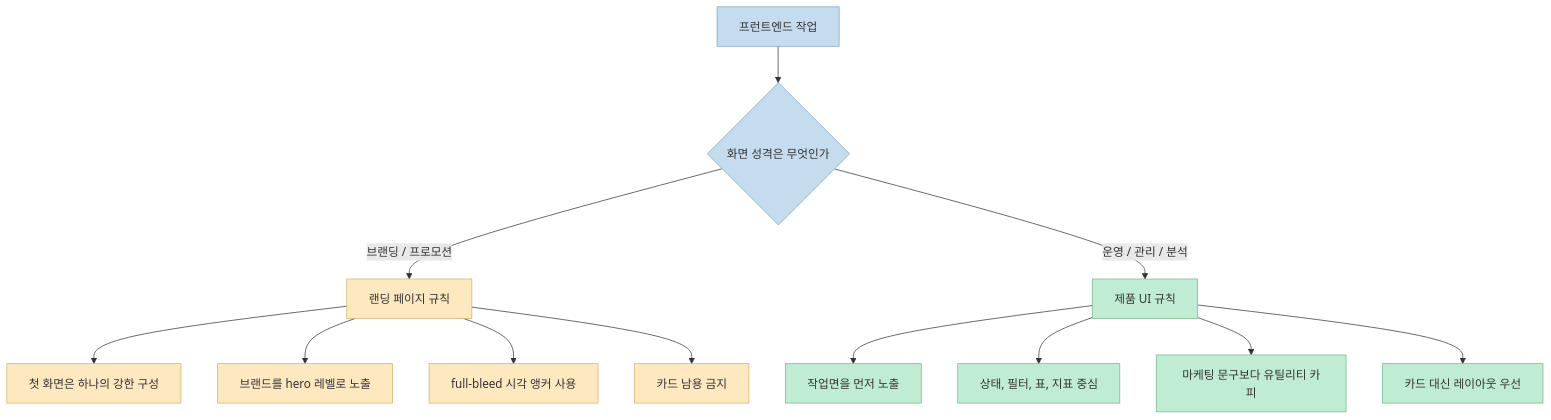
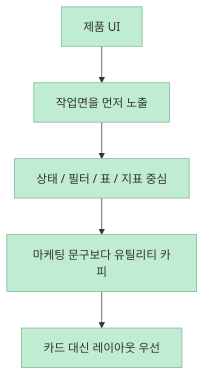
The fourth of 5 diagrams in content/post/2026/03/2026-03-21-gpt-5-4-delightful-frontends.md (gyuha/gyuha.github.io), drawn with Mermaid before and after one commit. The commit also changed other lines of this file and 4 other files, not shown here.

````diff
--- a/content/post/2026/03/2026-03-21-gpt-5-4-delightful-frontends.md
+++ b/content/post/2026/03/2026-03-21-gpt-5-4-delightful-frontends.md
@@ -113,24 +124,10 @@
 ```mermaid
 flowchart TD
-    task["프런트엔드 작업"] --> choice{"화면 성격은 무엇인가"}
-    choice -->|"브랜딩 / 프로모션"| marketing["랜딩 페이지 규칙"]
-    choice -->|"운영 / 관리 / 분석"| product["제품 UI 규칙"]
+    p0["제품 UI"] --> p1["작업면을 먼저 노출"]
+    p1 --> p2["상태 / 필터 / 표 / 지표 중심"]
+    p2 --> p3["마케팅 문구보다 유틸리티 카피"]
+    p3 --> p4["카드 대신 레이아웃 우선"]
 
-    marketing --> m1["첫 화면은 하나의 강한 구성"]
-    marketing --> m2["브랜드를 hero 레벨로 노출"]
-    marketing --> m3["full-bleed 시각 앵커 사용"]
-    marketing --> m4["카드 남용 금지"]
-
-    product --> p1["작업면을 먼저 노출"]
-    product --> p2["상태, 필터, 표, 지표 중심"]
-    product --> p3["마케팅 문구보다 유틸리티 카피"]
-    product --> p4["카드 대신 레이아웃 우선"]
-
-    classDef baseNode fill:#c5dcef,color:#333,stroke:#7da6c2,stroke-width:1px;
-    classDef marketingNode fill:#fde8c0,color:#333,stroke:#d4b16a,stroke-width:1px;
     classDef productNode fill:#c0ecd3,color:#333,stroke:#77b88d,stroke-width:1px;
-
-    class task,choice baseNode;
-    class marketing,m1,m2,m3,m4 marketingNode;
-    class product,p1,p2,p3,p4 productNode;
+    class p0,p1,p2,p3,p4 productNode;
 ```
````
